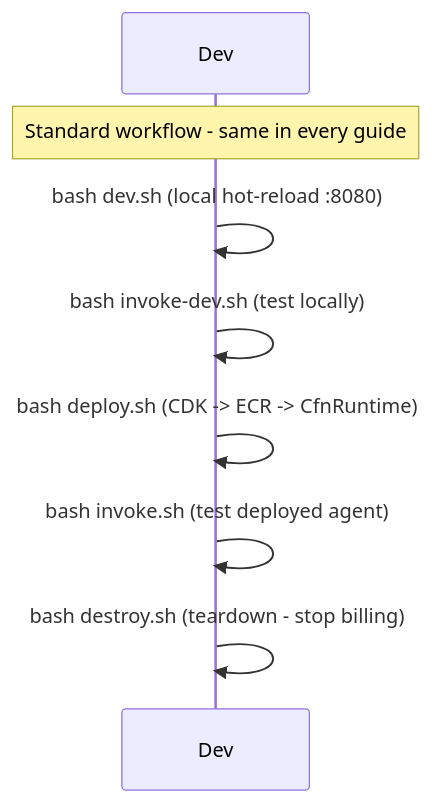
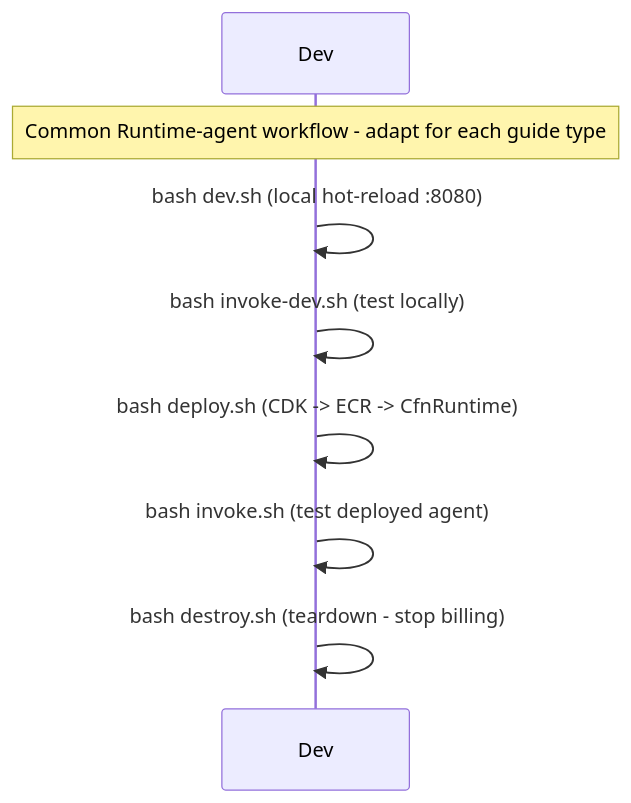
Before and after one commit to anveshmuppeda/agents-on-aws: the first of 2 diagrams in 00-foundations/002-project-template/README.md, drawn with Mermaid. The commit also changed other lines of this file and 38 other files, not shown here.

````diff
--- a/00-foundations/002-project-template/README.md
+++ b/00-foundations/002-project-template/README.md
@@ -172,10 +174,10 @@
 ```mermaid
 sequenceDiagram
     participant Dev
-    note over Dev: Standard workflow  -  same in every guide
+    note over Dev: Common Runtime-agent workflow  -  adapt for each guide type
     Dev->>Dev: bash dev.sh         (local hot-reload :8080)
     Dev->>Dev: bash invoke-dev.sh  (test locally)
     Dev->>Dev: bash deploy.sh      (CDK -> ECR -> CfnRuntime)
     Dev->>Dev: bash invoke.sh      (test deployed agent)
     Dev->>Dev: bash destroy.sh     (teardown  -  stop billing)
 ```
````
